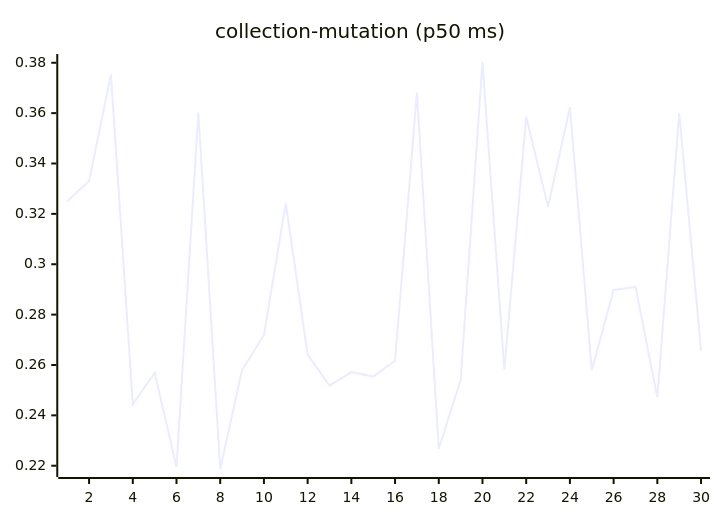
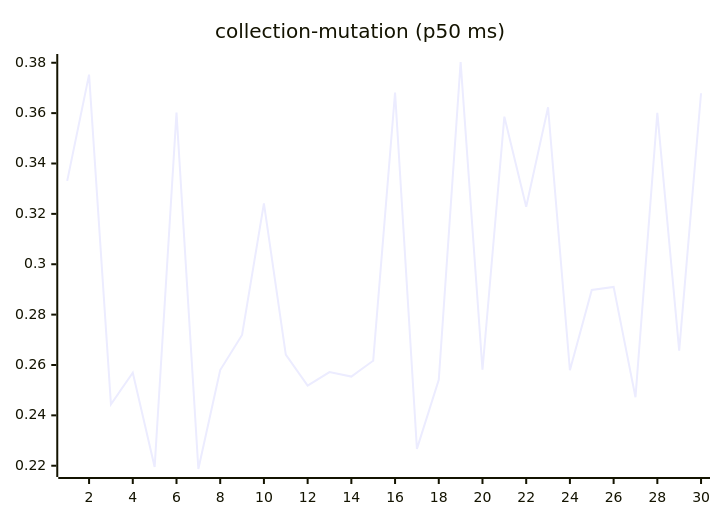
Before and after one commit to josha/Facet: the sixth of 27 diagrams in README.md, drawn with Mermaid. The commit also changed other lines of this file and 2 other files, not shown here.

````diff
--- a/README.md
+++ b/README.md
@@ -98,6 +98,6 @@
 ```mermaid
 xychart-beta
     title "collection-mutation (p50 ms)"
     x-axis 1 --> 30
-    line [0.3250, 0.3331, 0.3753, 0.2444, 0.2569, 0.2195, 0.3602, 0.2187, 0.2580, 0.2719, 0.3242, 0.2641, 0.2518, 0.2572, 0.2554, 0.2617, 0.3682, 0.2267, 0.2541, 0.3803, 0.2581, 0.3586, 0.3228, 0.3623, 0.2579, 0.2898, 0.2910, 0.2472, 0.3601, 0.2657]
+    line [0.3331, 0.3753, 0.2444, 0.2569, 0.2195, 0.3602, 0.2187, 0.2580, 0.2719, 0.3242, 0.2641, 0.2518, 0.2572, 0.2554, 0.2617, 0.3682, 0.2267, 0.2541, 0.3803, 0.2581, 0.3586, 0.3228, 0.3623, 0.2579, 0.2898, 0.2910, 0.2472, 0.3601, 0.2657, 0.3679]
 ```
````
